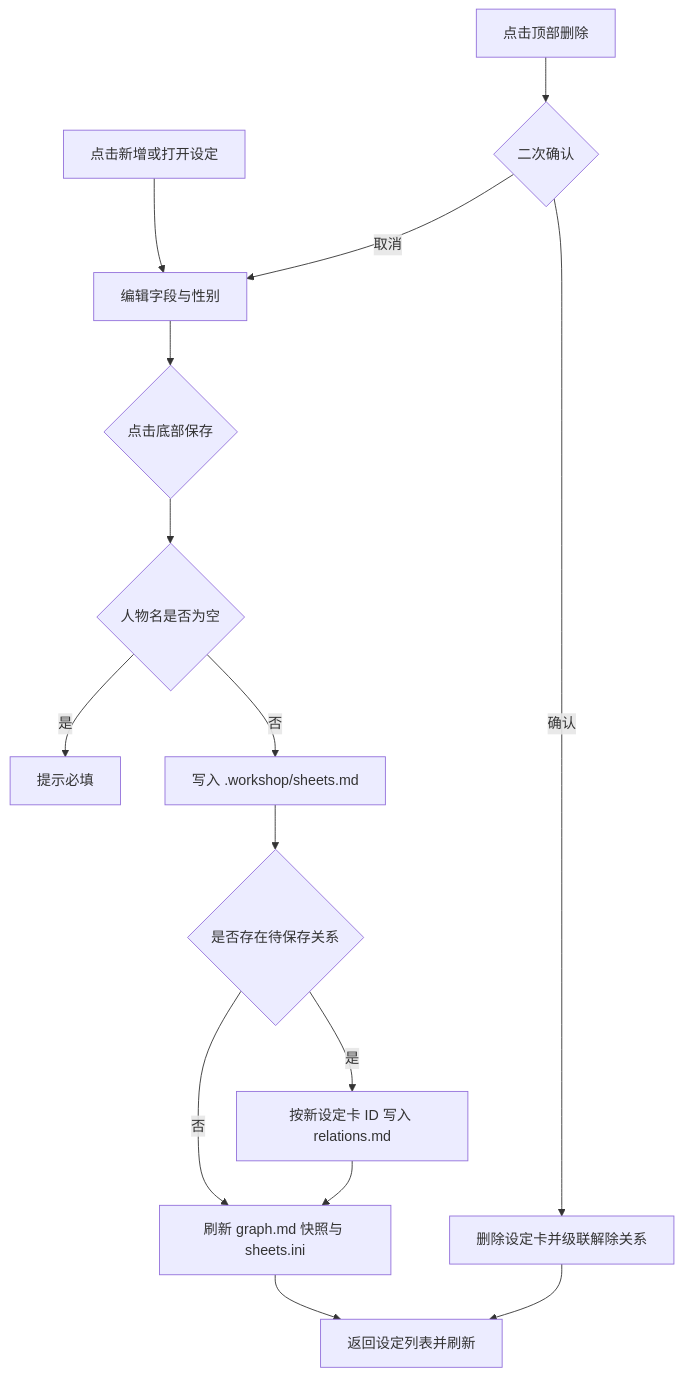
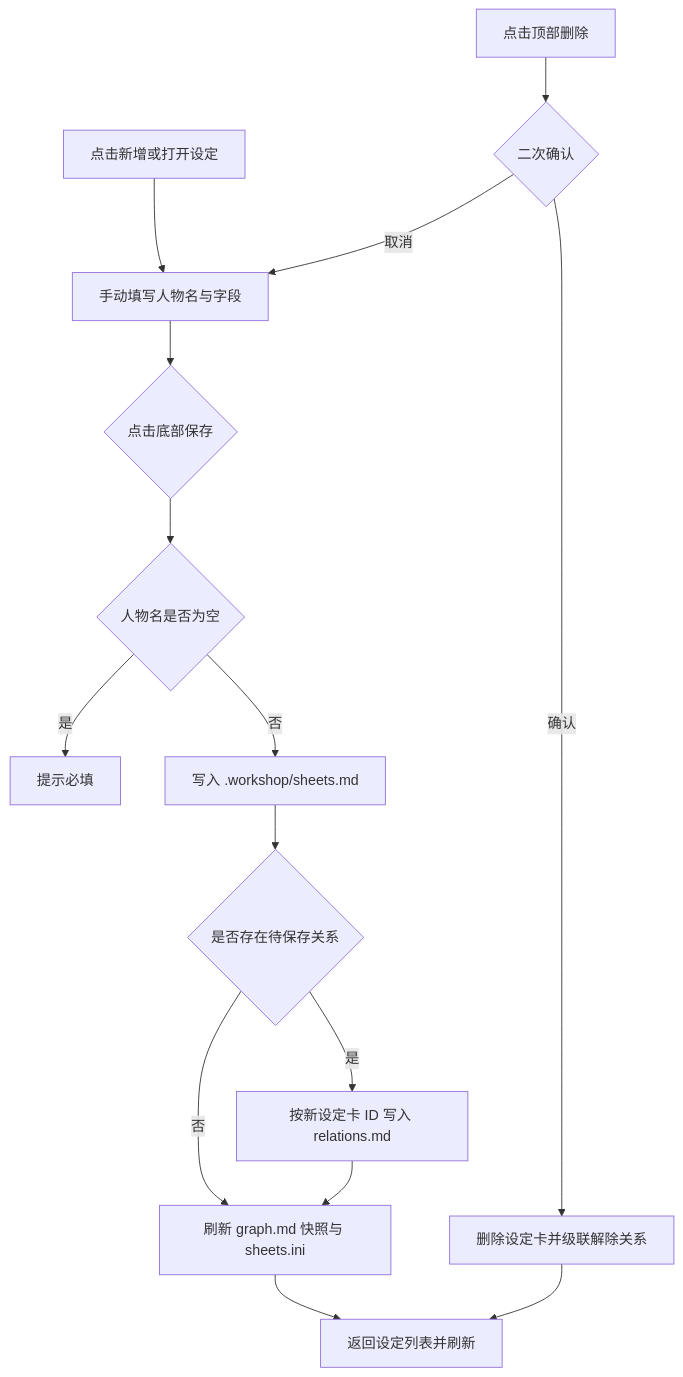
One commit to the-writer/creative-workshop changed the diagram in docs/prd/04-sheets-and-relations.md. Above: the diagram before and after it, drawn with Mermaid. The commit also changed other lines of this file and 31 other files, not shown here.

````diff
--- a/docs/prd/04-sheets-and-relations.md
+++ b/docs/prd/04-sheets-and-relations.md
@@ -46,18 +54,18 @@
 ```mermaid
 flowchart TD
-  A[点击新增或打开设定] --> B[编辑字段与性别]
+  A[点击新增或打开设定] --> B[手动填写人物名与字段]
   B --> C{点击底部保存}
   C --> D{人物名是否为空}
   D -- 是 --> E[提示必填]
   D -- 否 --> F[写入 .workshop/sheets.md]
   F --> G{是否存在待保存关系}
   G -- 是 --> H[按新设定卡 ID 写入 relations.md]
   G -- 否 --> I[刷新 graph.md 快照与 sheets.ini]
   H --> I
   I --> J[返回设定列表并刷新]
 
   K[点击顶部删除] --> L{二次确认}
   L -- 取消 --> B
   L -- 确认 --> M[删除设定卡并级联解除关系]
   M --> J
 ```
````
